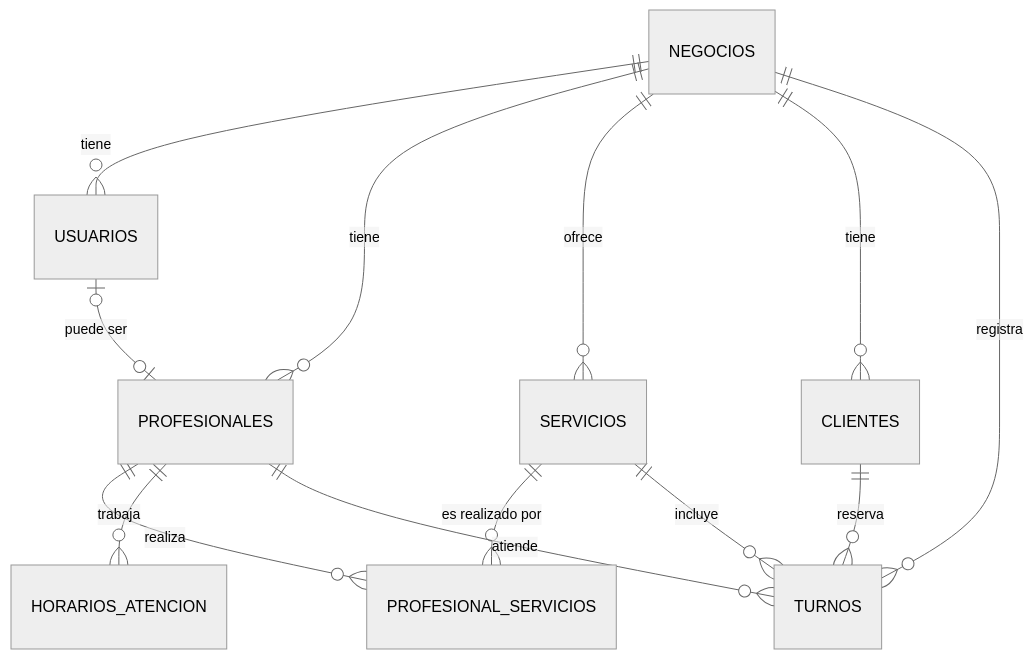
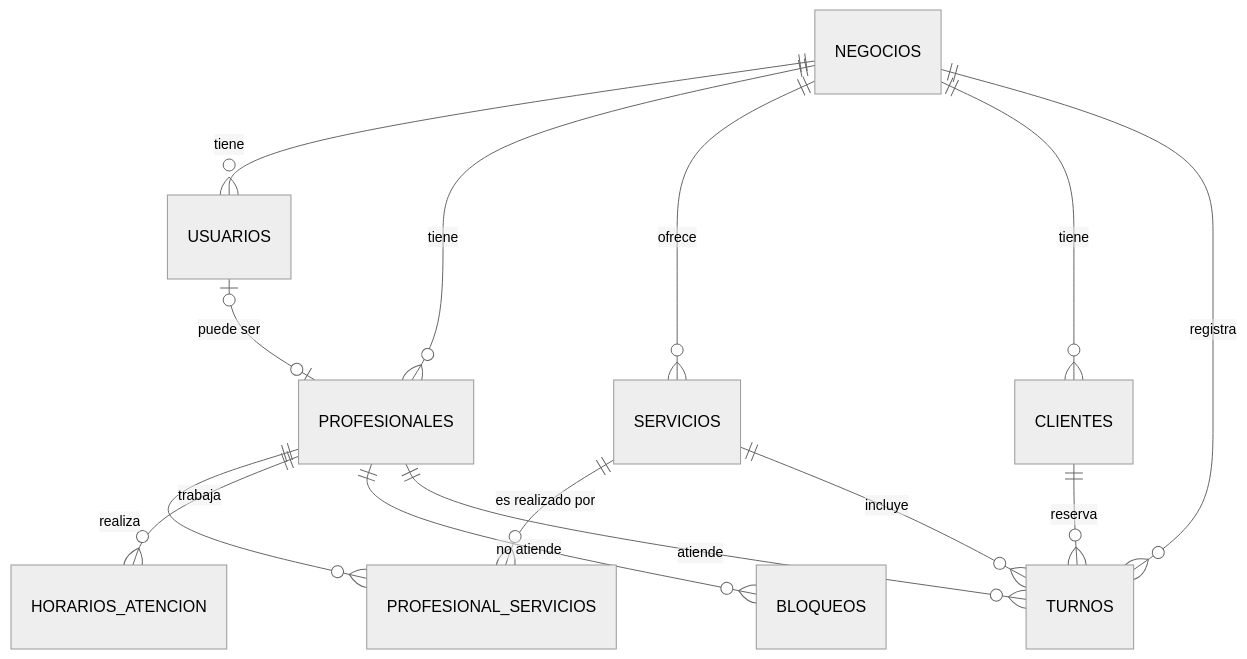
The diagram in README.md (CamilaFigue/sistema-turnos), drawn with Mermaid (neutral theme) before and after one commit. The commit also changed other lines of this file and 37 other files, not shown here.

````diff
--- a/README.md
+++ b/README.md
@@ -89,15 +97,16 @@
 ```mermaid
 erDiagram
     NEGOCIOS ||--o{ USUARIOS : tiene
     NEGOCIOS ||--o{ PROFESIONALES : tiene
     NEGOCIOS ||--o{ SERVICIOS : ofrece
     NEGOCIOS ||--o{ CLIENTES : tiene
     NEGOCIOS ||--o{ TURNOS : registra
     USUARIOS |o--o| PROFESIONALES : "puede ser"
     PROFESIONALES ||--o{ PROFESIONAL_SERVICIOS : realiza
     SERVICIOS ||--o{ PROFESIONAL_SERVICIOS : "es realizado por"
     PROFESIONALES ||--o{ HORARIOS_ATENCION : trabaja
+    PROFESIONALES ||--o{ BLOQUEOS : "no atiende"
     PROFESIONALES ||--o{ TURNOS : atiende
     SERVICIOS ||--o{ TURNOS : incluye
     CLIENTES ||--o{ TURNOS : reserva
 ```
````
